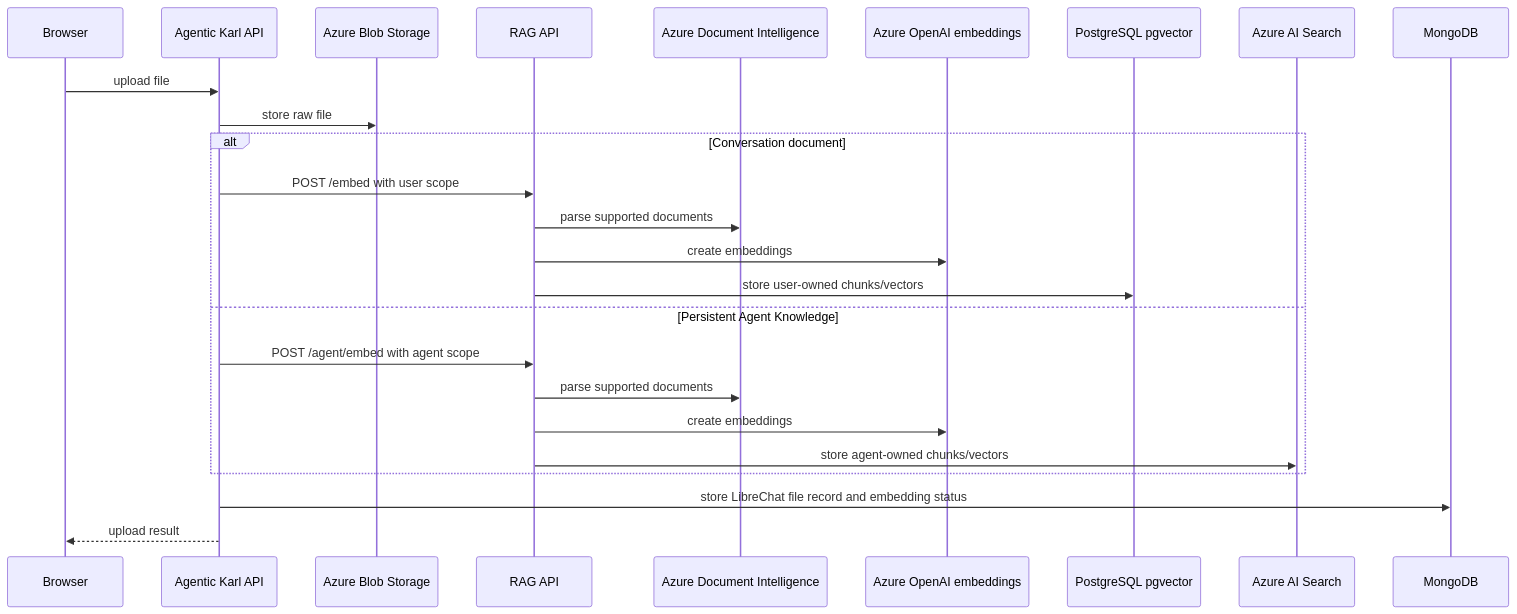
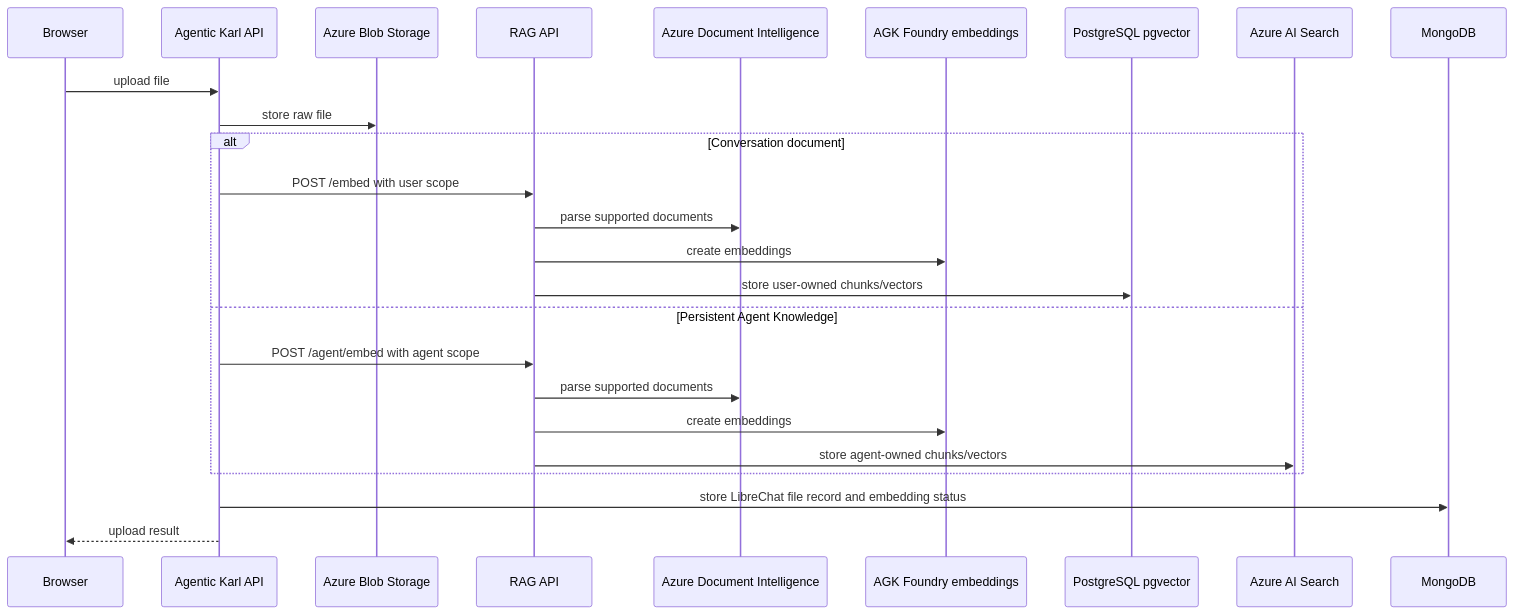
The seventh of 10 diagrams in knauf/docs/reference/agentic-karl-architecture.md (Falenos/LibreChat), drawn with Mermaid before and after one commit. The commit also changed other lines of this file and 8 other files, not shown here.

````diff
--- a/knauf/docs/reference/agentic-karl-architecture.md
+++ b/knauf/docs/reference/agentic-karl-architecture.md
@@ -684,28 +770,28 @@
 ```mermaid
 sequenceDiagram
   participant Browser as Browser
   participant API as Agentic Karl API
   participant Blob as Azure Blob Storage
   participant RAG as RAG API
   participant DI as Azure Document Intelligence
-  participant OpenAI as Azure OpenAI embeddings
+  participant OpenAI as AGK Foundry embeddings
   participant PG as PostgreSQL pgvector
   participant Search as Azure AI Search
   participant Mongo as MongoDB
 
   Browser->>API: upload file
   API->>Blob: store raw file
   alt Conversation document
     API->>RAG: POST /embed with user scope
     RAG->>DI: parse supported documents
     RAG->>OpenAI: create embeddings
     RAG->>PG: store user-owned chunks/vectors
   else Persistent Agent Knowledge
     API->>RAG: POST /agent/embed with agent scope
     RAG->>DI: parse supported documents
     RAG->>OpenAI: create embeddings
     RAG->>Search: store agent-owned chunks/vectors
   end
   API->>Mongo: store LibreChat file record and embedding status
   API-->>Browser: upload result
 ```
````
